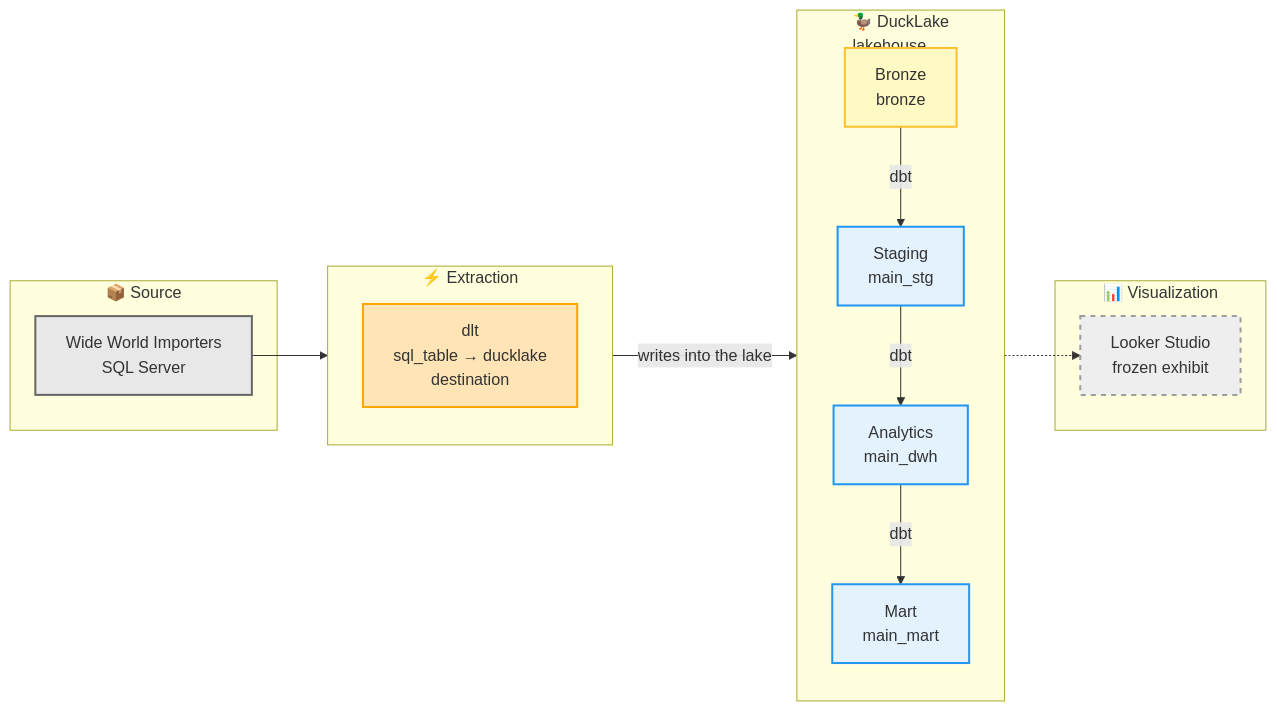
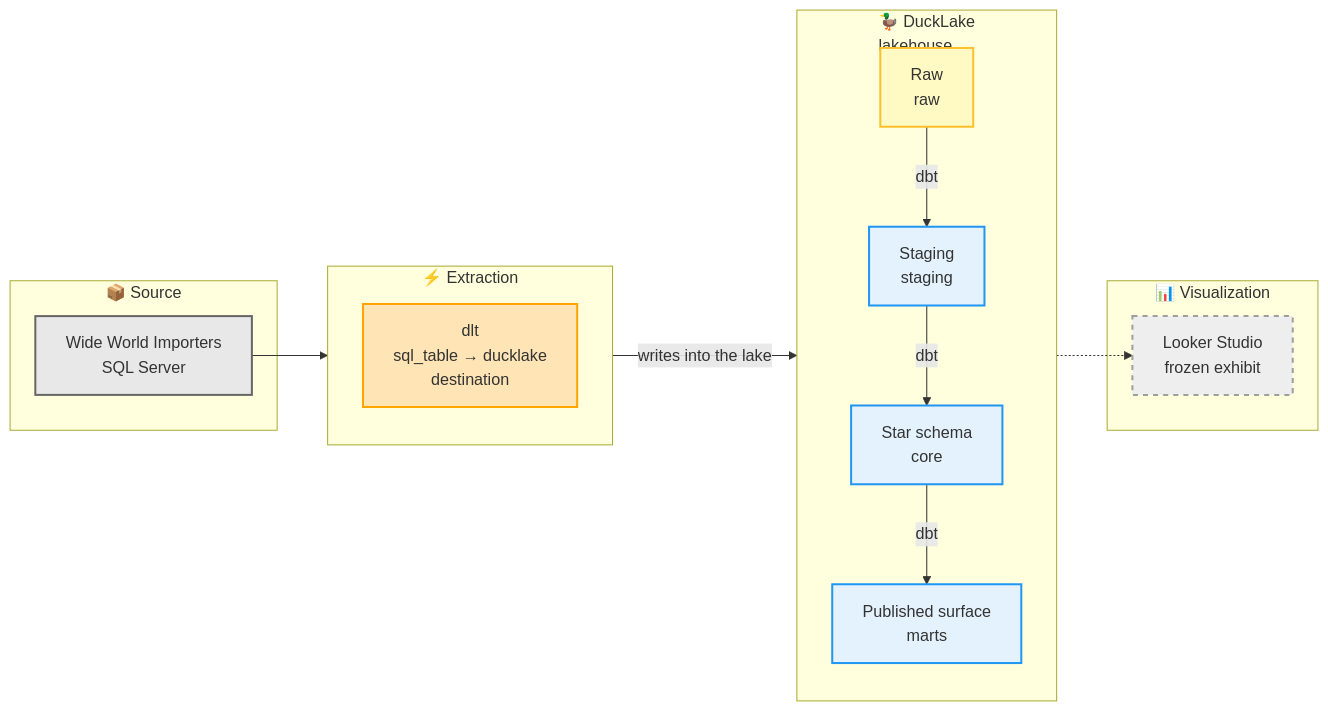
One commit to plat102/pj-dw-wide-world-importers changed the diagram in README.md. Above: the diagram before and after it, drawn with Mermaid. The commit also changed other lines of this file and 65 other files, not shown here.

````diff
--- a/README.md
+++ b/README.md
@@ -47,39 +47,39 @@
 ```mermaid
 flowchart LR
     subgraph source["📦 Source"]
         OLTP[Wide World Importers<br/>SQL Server]
     end
 
     subgraph ingest["⚡ Extraction"]
         direction TB
         DLT[dlt<br/>sql_table → ducklake<br/>destination]
     end
 
     subgraph dwh["🦆 DuckLake<br>lakehouse"]
         direction TB
-        BRONZE[Bronze<br/>bronze]
-        STG[Staging<br/>main_stg]
-        ANALYTICS[Analytics<br/>main_dwh]
-        MART[Mart<br/>main_mart]
+        RAW[Raw<br/>raw]
+        STG[Staging<br/>staging]
+        CORE[Star schema<br/>core]
+        MART[Published surface<br/>marts]
 
-        STG -->|dbt| ANALYTICS
-        ANALYTICS -->|dbt| MART
+        STG -->|dbt| CORE
+        CORE -->|dbt| MART
     end
 
     subgraph bi["📊 Visualization"]
         LOOKER[Looker Studio<br/>frozen exhibit]
     end
 
     OLTP --> DLT
-    DLT -->|writes into the lake| BRONZE
-    BRONZE -->|dbt| STG
+    DLT -->|writes into the lake| RAW
+    RAW -->|dbt| STG
     MART -.-> LOOKER
 
     style OLTP fill:#E8E8E8,stroke:#666,stroke-width:2px,color:#333
     style DLT fill:#FFE4B5,stroke:#FFA500,stroke-width:2px,color:#333
-    style BRONZE fill:#FFF9C4,stroke:#FBC02D,stroke-width:2px,color:#333
+    style RAW fill:#FFF9C4,stroke:#FBC02D,stroke-width:2px,color:#333
     style STG fill:#E3F2FD,stroke:#2196F3,stroke-width:2px,color:#333
-    style ANALYTICS fill:#E3F2FD,stroke:#2196F3,stroke-width:2px,color:#333
+    style CORE fill:#E3F2FD,stroke:#2196F3,stroke-width:2px,color:#333
     style MART fill:#E3F2FD,stroke:#2196F3,stroke-width:2px,color:#333
     style LOOKER fill:#EEEEEE,stroke:#9E9E9E,stroke-width:2px,stroke-dasharray: 5 5,color:#333
 ```
````
